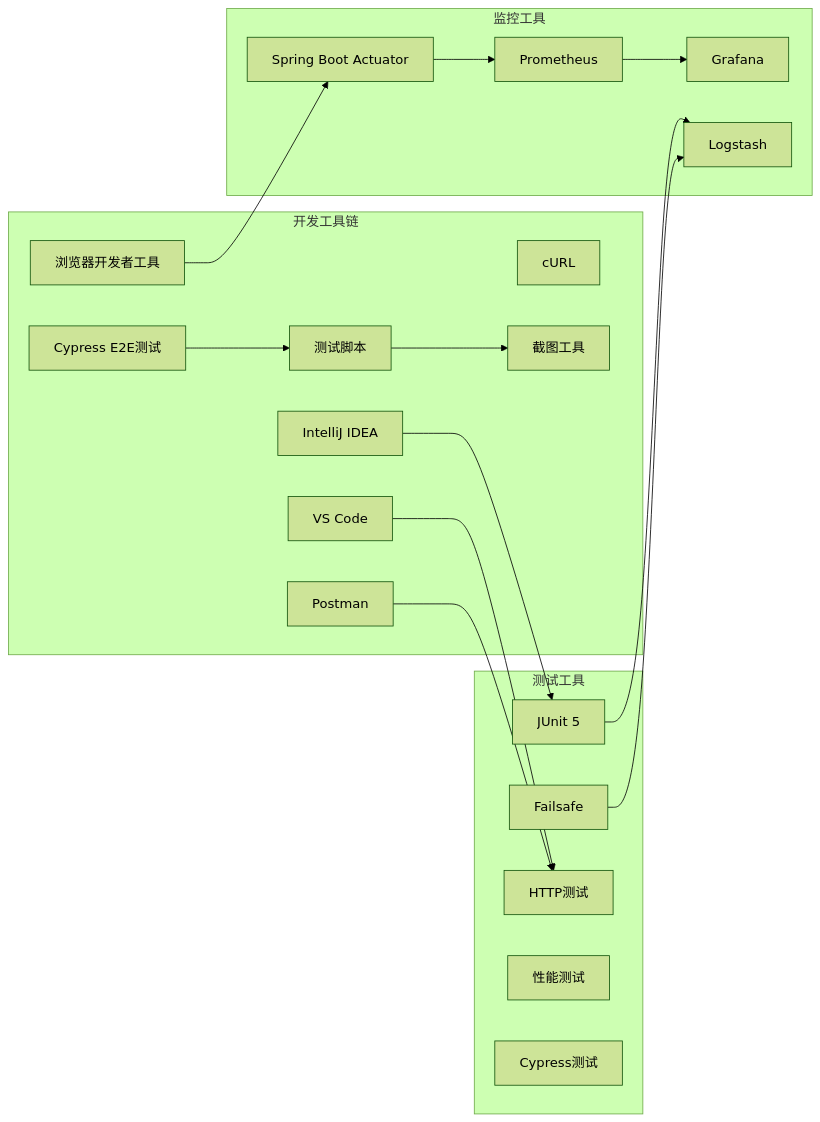
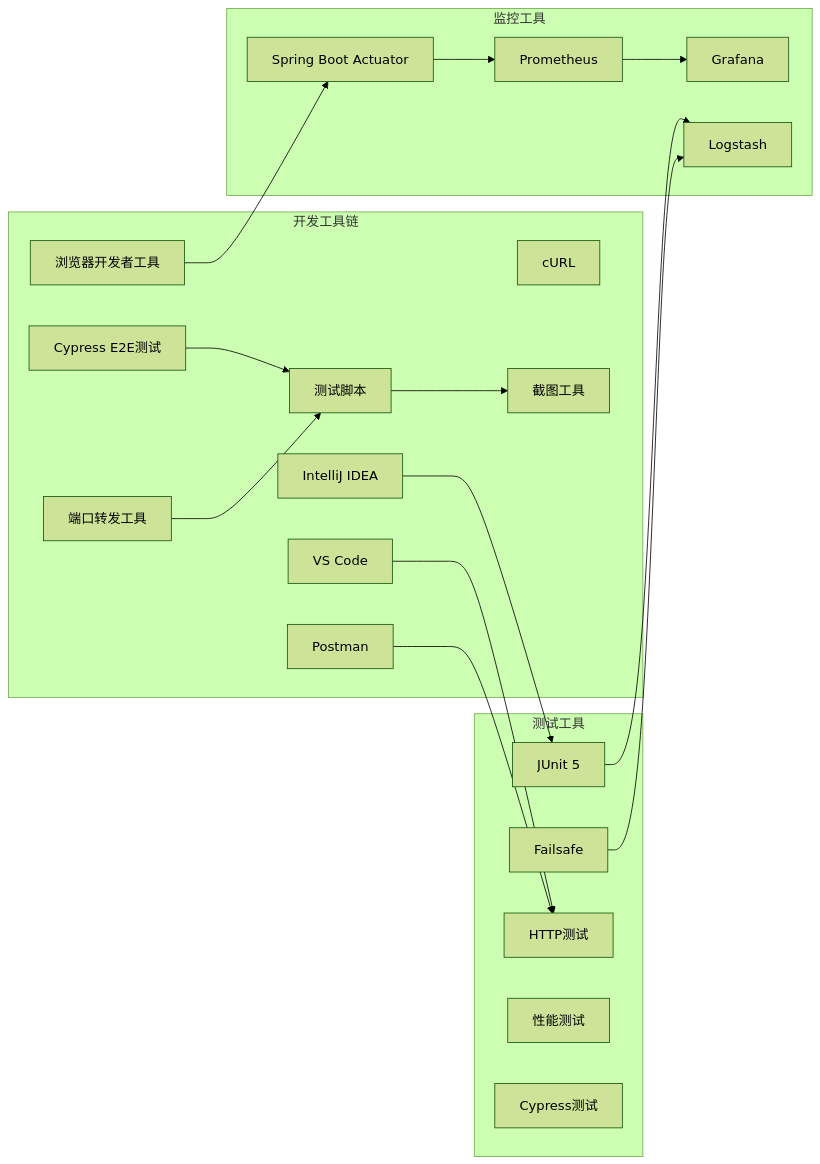
One commit to liuzh2008/med_ai_assistant_workspace changed the seventh of 22 diagrams in .qoder/repowiki/zh/content/Development Environment Features/Development Environment Features.md. Above: the diagram before and after it, drawn with Mermaid (forest theme). The commit also changed other lines of this file and 9 other files, not shown here.

````diff
--- a/.qoder/repowiki/zh/content/Development Environment Features/Development Environment Features.md
+++ b/.qoder/repowiki/zh/content/Development Environment Features/Development Environment Features.md
@@ -312,36 +326,38 @@
 ```mermaid
 flowchart LR
 subgraph "开发工具链"
 IDE[IntelliJ IDEA]
 VSC[VS Code]
 POSTMAN[Postman]
 CURL[cURL]
 BROWSER[浏览器开发者工具]
 CYPRESS[Cypress E2E测试]
 TEST_SCRIPTS[测试脚本]
 SCREENSHOT_TOOL[截图工具]
+PORT_FORWARD[端口转发工具]
 end
 subgraph "测试工具"
 UNIT_TEST[JUnit 5]
 INTEGRATION[Failsafe]
 API_TEST[HTTP测试]
 LOAD_TEST[性能测试]
 E2E_TEST[Cypress测试]
 end
 subgraph "监控工具"
 ACTUATOR[Spring Boot Actuator]
 PROMETHEUS[Prometheus]
 GRAFANA[Grafana]
 LOGSTASH[Logstash]
 end
 IDE --> UNIT_TEST
 VSC --> API_TEST
 POSTMAN --> API_TEST
 BROWSER --> ACTUATOR
 ACTUATOR --> PROMETHEUS
 PROMETHEUS --> GRAFANA
 UNIT_TEST --> LOGSTASH
 INTEGRATION --> LOGSTASH
 CYPRESS --> TEST_SCRIPTS
 TEST_SCRIPTS --> SCREENSHOT_TOOL
+PORT_FORWARD --> TEST_SCRIPTS
 ```
````
